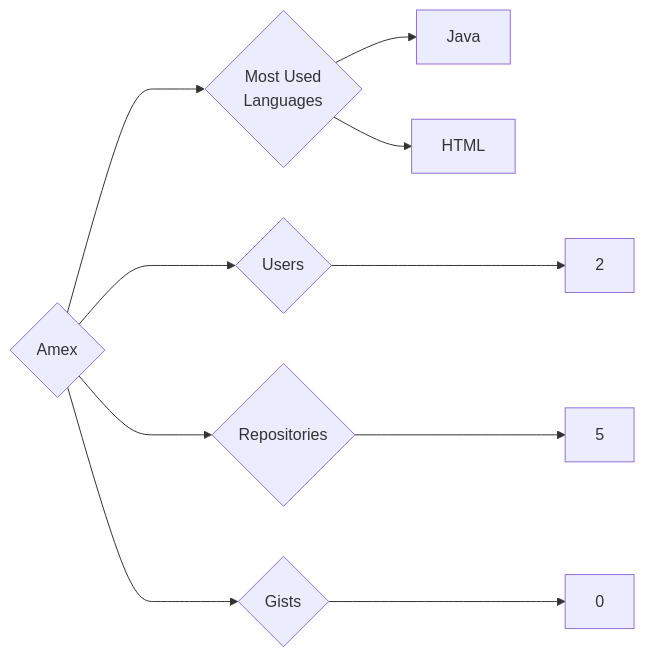
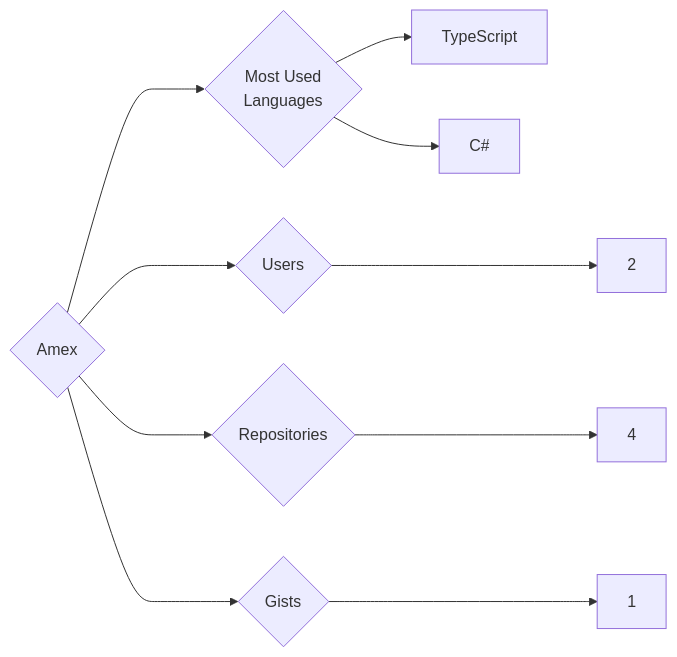
One commit to trickest/insiders changed the diagram in targets/Amex/README.md. Above: the diagram before and after it, drawn with Mermaid. The commit also changed 925 other files, not shown here.

````diff
--- a/targets/Amex/README.md
+++ b/targets/Amex/README.md
@@ -3,10 +3,10 @@
 ```mermaid
 graph LR
 COMPANY_NAME{Amex}
 COMPANY_NAME ---> U{Users} ---> UN[2]
-COMPANY_NAME ---> R{Repositories} ---> RN[5]
-COMPANY_NAME ---> G{Gists} ---> GN[0]
+COMPANY_NAME ---> R{Repositories} ---> RN[4]
+COMPANY_NAME ---> G{Gists} ---> GN[1]
 COMPANY_NAME ---> ML{Most Used<br>Languages}
-ML --> Java[Java]
-ML --> HTML[HTML]
+ML --> TypeScript[TypeScript]
+ML --> C#[C#]
 ```
````
